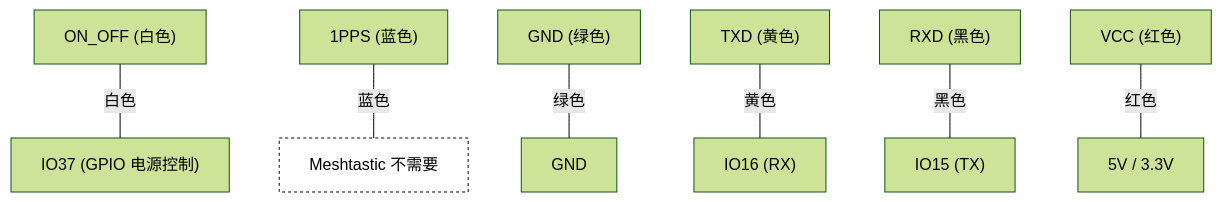
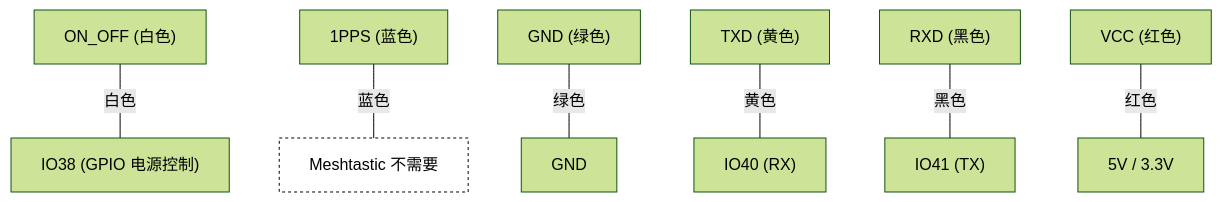
The diagram in source/_posts/gps-module-ebyte-eora-s3-CN.md (timurey/timurey.github.io), drawn with Mermaid (forest theme) before and after one commit. The commit also changed other lines of this file, not shown here.

Commit message:
Change suggested GPIO of EByte GPS module

````diff
--- a/source/_posts/gps-module-ebyte-eora-s3-CN.md
+++ b/source/_posts/gps-module-ebyte-eora-s3-CN.md
@@ -56,33 +56,33 @@
 ```mermaid
 flowchart TD
 
     %% GPS 模块引脚
     GPS_ON_OFF["ON_OFF (白色)"]
     GPS_1PPS["1PPS (蓝色)"]
     GPS_GND["GND (绿色)"]
     GPS_TXD["TXD (黄色)"]
     GPS_RXD["RXD (黑色)"]
     GPS_VCC["VCC (红色)"]
 
     %% EoRa-S3 引脚
-    EORA_IO37["IO37 (GPIO 电源控制)"]
+    EORA_IO38["IO38 (GPIO 电源控制)"]
     EORA_GND["GND"]
-    EORA_IO16["IO16 (RX)"]
-    EORA_IO15["IO15 (TX)"]
+    EORA_IO40["IO40 (RX)"]
+    EORA_IO41["IO41 (TX)"]
     EORA_5V["5V / 3.3V"]
 
     %% 不适用节点
     NotApplicable["Meshtastic 不需要"]
 
     %% 连接示意图
-    GPS_ON_OFF ---|白色| EORA_IO37
+    GPS_ON_OFF ---|白色| EORA_IO38
     GPS_GND ---|绿色| EORA_GND
-    GPS_TXD ---|黄色| EORA_IO16
-    GPS_RXD ---|黑色| EORA_IO15
+    GPS_TXD ---|黄色| EORA_IO40
+    GPS_RXD ---|黑色| EORA_IO41
     GPS_VCC ---|红色| EORA_5V
     GPS_1PPS ---|蓝色| NotApplicable
 
     %% 样式设置
     classDef notconnected fill:none,stroke-dasharray:3 3,stroke:#000;
     class NotApplicable notconnected;
 ```
````
